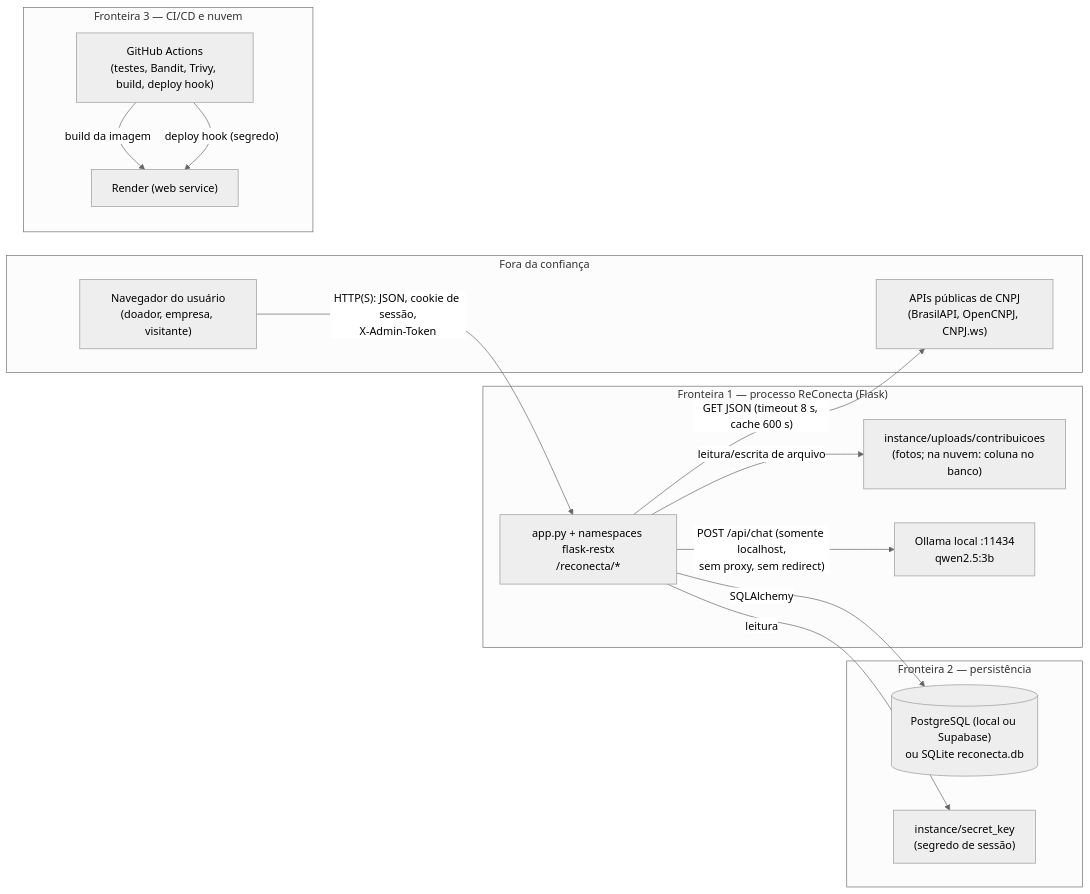
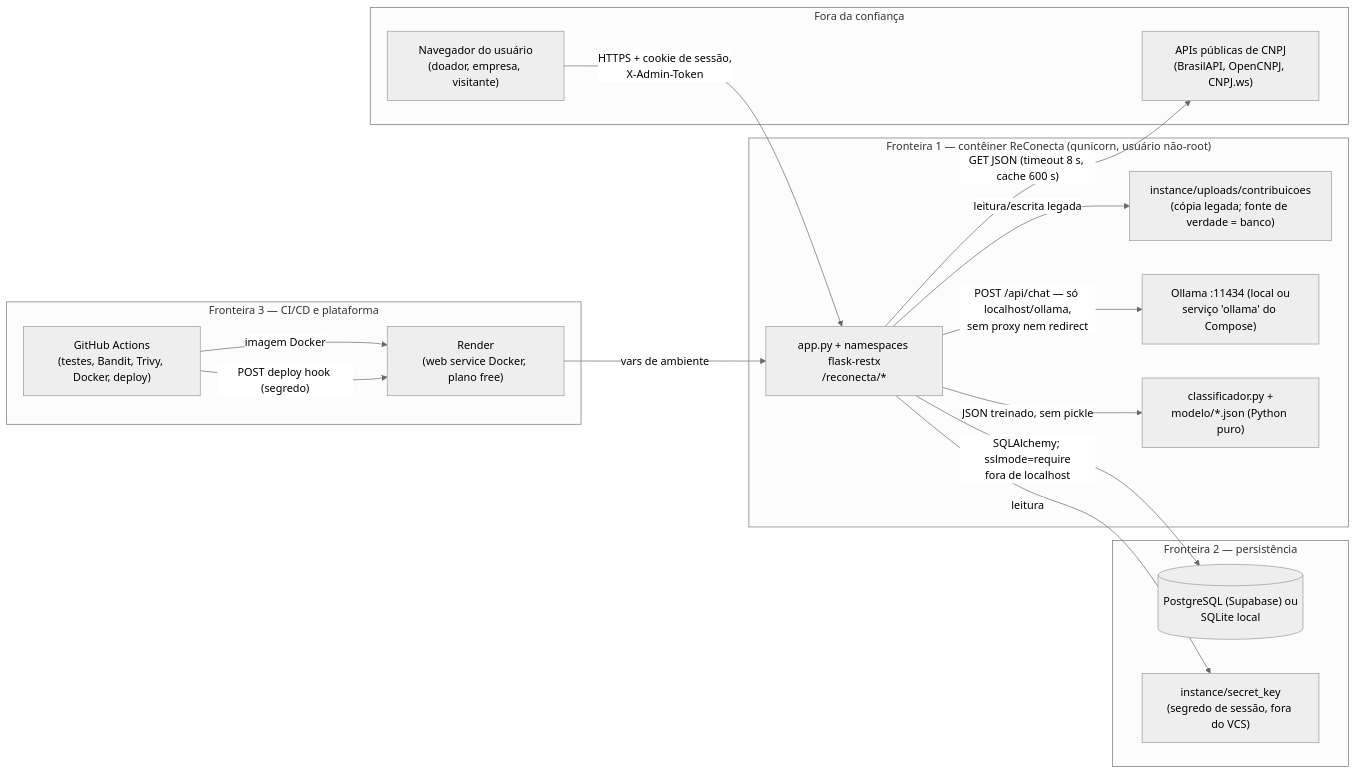
The diagram in docs/stride.md (lucassilb/reconecta-doacoes), drawn with Mermaid (neutral theme) before and after one commit. The commit also changed other lines of this file and 12 other files, not shown here.

````diff
--- a/docs/stride.md
+++ b/docs/stride.md
@@ -15,32 +20,35 @@
 ```mermaid
 flowchart LR
     subgraph EXT["Fora da confiança"]
         USR["Navegador do usuário<br/>(doador, empresa, visitante)"]
         REC["APIs públicas de CNPJ<br/>(BrasilAPI, OpenCNPJ, CNPJ.ws)"]
     end
 
-    subgraph HOST["Fronteira 1 — processo ReConecta (Flask)"]
+    subgraph HOST["Fronteira 1 — contêiner ReConecta (gunicorn, usuário não-root)"]
         APP["app.py + namespaces flask-restx<br/>/reconecta/*"]
-        FOTOS["instance/uploads/contribuicoes<br/>(fotos; na nuvem: coluna no banco)"]
-        OLLAMA["Ollama local :11434<br/>qwen2.5:3b"]
+        FOTOS["instance/uploads/contribuicoes<br/>(cópia legada; fonte de verdade = banco)"]
+        OLLAMA["Ollama :11434 (local ou<br/>serviço 'ollama' do Compose)"]
+        CLF["classificador.py +<br/>modelo/*.json (Python puro)"]
     end
 
     subgraph DADO["Fronteira 2 — persistência"]
-        DB[("PostgreSQL (local ou Supabase)<br/>ou SQLite reconecta.db")]
-        KEY["instance/secret_key<br/>(segredo de sessão)"]
+        DB[("PostgreSQL (Supabase) ou<br/>SQLite local")]
+        KEY["instance/secret_key<br/>(segredo de sessão, fora do VCS)"]
     end
 
-    subgraph CICD["Fronteira 3 — CI/CD e nuvem"]
-        GH["GitHub Actions<br/>(testes, Bandit, Trivy, build, deploy hook)"]
-        RENDER["Render (web service)"]
+    subgraph CICD["Fronteira 3 — CI/CD e plataforma"]
+        GH["GitHub Actions<br/>(testes, Bandit, Trivy, Docker, deploy)"]
+        RENDER["Render<br/>(web service Docker, plano free)"]
     end
 
-    USR -->|"HTTP(S): JSON, cookie de sessão,<br/>X-Admin-Token"| APP
-    APP -->|"SQLAlchemy"| DB
-    APP -->|"leitura/escrita de arquivo"| FOTOS
+    USR -->|"HTTPS + cookie de sessão,<br/>X-Admin-Token"| APP
+    APP -->|"SQLAlchemy; sslmode=require<br/>fora de localhost"| DB
+    APP -->|"leitura/escrita legada"| FOTOS
     APP -->|"leitura"| KEY
+    APP -->|"JSON treinado, sem pickle"| CLF
     APP -->|"GET JSON (timeout 8 s, cache 600 s)"| REC
-    APP -->|"POST /api/chat (somente localhost,<br/>sem proxy, sem redirect)"| OLLAMA
-    GH -->|"build da imagem"| RENDER
-    GH -->|"deploy hook (segredo)"| RENDER
+    APP -->|"POST /api/chat — só localhost/ollama,<br/>sem proxy nem redirect"| OLLAMA
+    GH -->|"imagem Docker"| RENDER
+    GH -->|"POST deploy hook (segredo)"| RENDER
+    RENDER -->|"vars de ambiente"| APP
 ```
````
